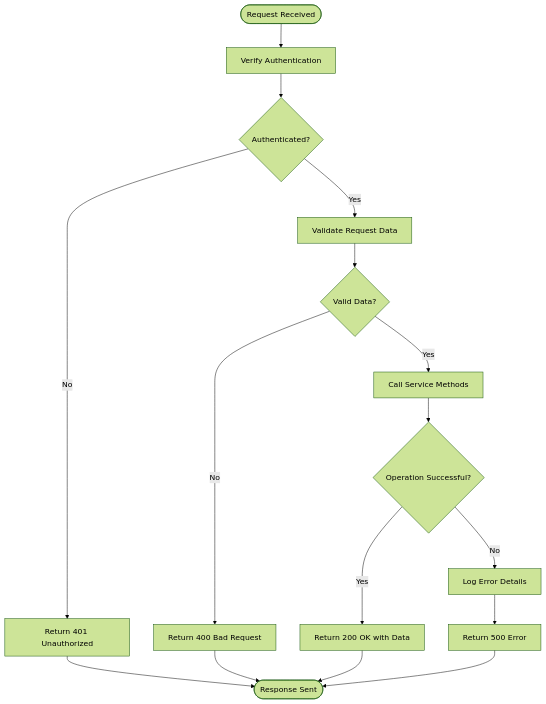
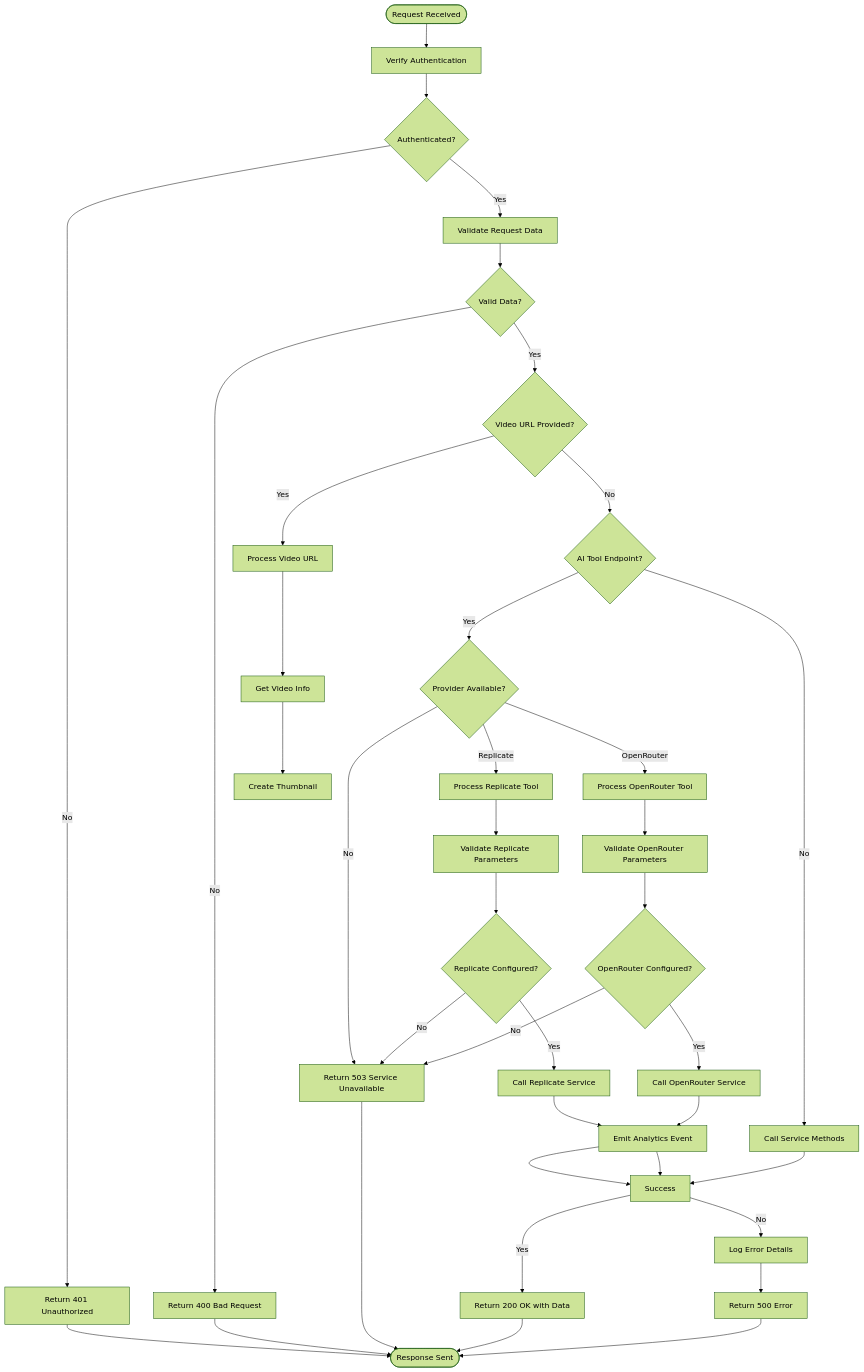
Before and after one commit to Brimstow/ThumPiks: diagram 11 of 15 in .qoder/repowiki/en/content/Backend Architecture/Thumbnail Processing Module.md, drawn with Mermaid (forest theme). The commit also changed other lines of this file and 900 other files, not shown here.

````diff
--- a/.qoder/repowiki/en/content/Backend Architecture/Thumbnail Processing Module.md
+++ b/.qoder/repowiki/en/content/Backend Architecture/Thumbnail Processing Module.md
@@ -210,18 +551,40 @@
 ```mermaid
 flowchart TD
 Start([Request Received]) --> AuthCheck["Verify Authentication"]
 AuthCheck --> AuthValid{"Authenticated?"}
 AuthValid --> |No| Return401["Return 401 Unauthorized"]
 AuthValid --> |Yes| ValidateInput["Validate Request Data"]
 ValidateInput --> InputValid{"Valid Data?"}
 InputValid --> |No| Return400["Return 400 Bad Request"]
-InputValid --> |Yes| ProcessRequest["Call Service Methods"]
-ProcessRequest --> Success{"Operation Successful?"}
+InputValid --> |Yes| CheckVideoURL{"Video URL Provided?"}
+CheckVideoURL --> |Yes| ProcessVideo["Process Video URL"]
+CheckVideoURL --> |No| CheckAIEndpoint{"AI Tool Endpoint?"}
+CheckAIEndpoint --> |Yes| CheckProvider{"Provider Available?"}
+CheckProvider --> |Replicate| ProcessReplicate["Process Replicate Tool"]
+CheckProvider --> |OpenRouter| ProcessOpenRouter["Process OpenRouter Tool"]
+CheckProvider --> |No| Return503["Return 503 Service Unavailable"]
+CheckAIEndpoint --> |No| ProcessRequest["Call Service Methods"]
+ProcessVideo --> GetVideoInfo["Get Video Info"]
+GetVideoInfo --> CreateThumbnail["Create Thumbnail"]
+ProcessReplicate --> ValidateReplicateParams["Validate Replicate Parameters"]
+ValidateReplicateParams --> CheckReplicateConfig{"Replicate Configured?"}
+CheckReplicateConfig --> |No| Return503
+CheckReplicateConfig --> |Yes| CallReplicate["Call Replicate Service"]
+CallReplicate --> EmitAnalytics["Emit Analytics Event"]
+EmitAnalytics --> Success
+ProcessOpenRouter --> ValidateOpenRouterParams["Validate OpenRouter Parameters"]
+ValidateOpenRouterParams --> CheckOpenRouterConfig{"OpenRouter Configured?"}
+CheckOpenRouterConfig --> |No| Return503
+CheckOpenRouterConfig --> |Yes| CallOpenRouter["Call OpenRouter Service"]
+CallOpenRouter --> EmitAnalytics
+EmitAnalytics --> Success
+ProcessRequest --> Success
 Success --> |Yes| Return200["Return 200 OK with Data"]
 Success --> |No| LogError["Log Error Details"]
 LogError --> Return500["Return 500 Error"]
 Return401 --> End([Response Sent])
 Return400 --> End
+Return503 --> End
 Return200 --> End
 Return500 --> End
 ```
````
